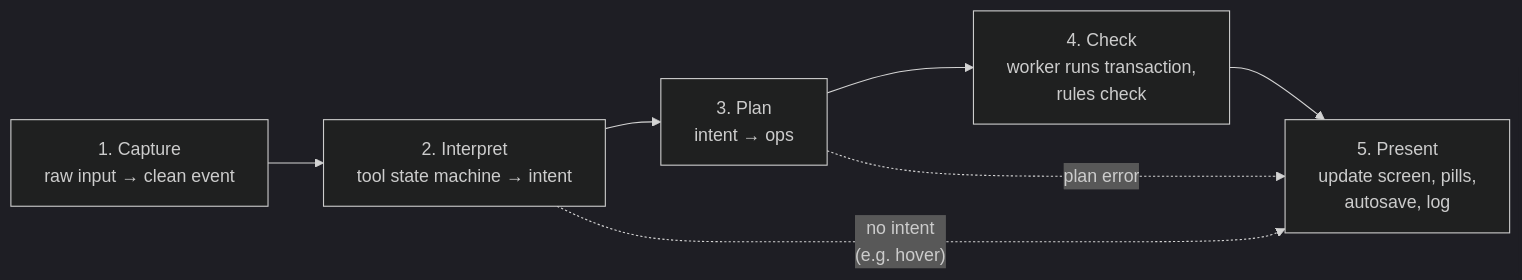
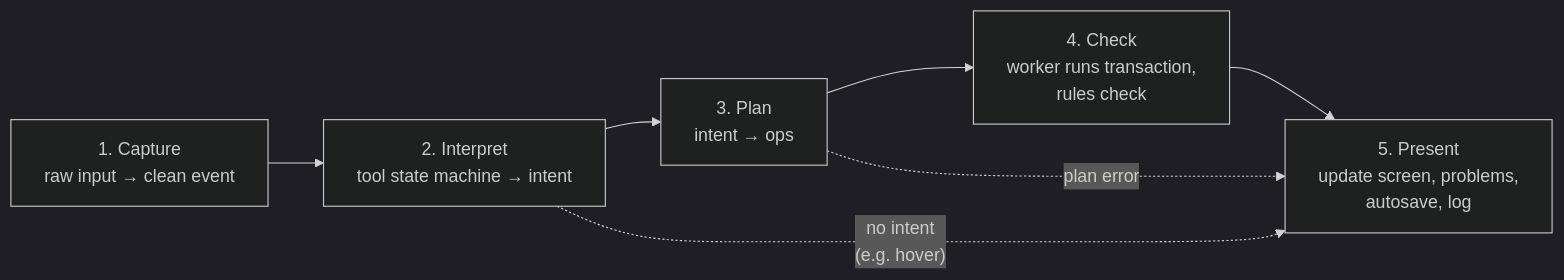
One commit to UmushiUmushi/Glade changed the first of 3 diagrams in docs/planner/internals.md. Above: the diagram before and after it, drawn with Mermaid (dark theme). The commit also changed other lines of this file and 19 other files, not shown here.

````diff
--- a/docs/planner/internals.md
+++ b/docs/planner/internals.md
@@ -7,9 +7,9 @@
 ```mermaid
 flowchart LR
     A["1. Capture<br/>raw input → clean event"] --> B["2. Interpret<br/>tool state machine → intent"]
     B --> C["3. Plan<br/>intent → ops"]
     C --> D["4. Check<br/>worker runs transaction,<br/>rules check"]
-    D --> E["5. Present<br/>update screen, pills,<br/>autosave, log"]
+    D --> E["5. Present<br/>update screen, problems,<br/>autosave, log"]
     B -. "no intent<br/>(e.g. hover)" .-> E
     C -. "plan error" .-> E
 ```
````
